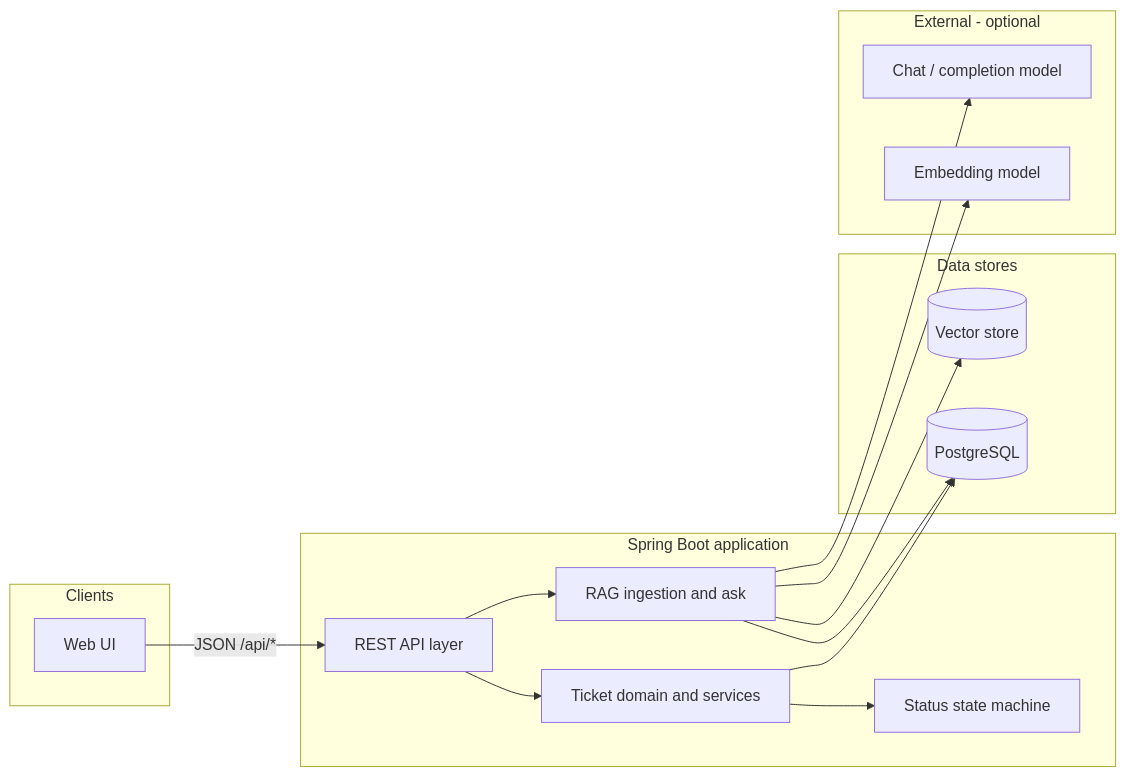
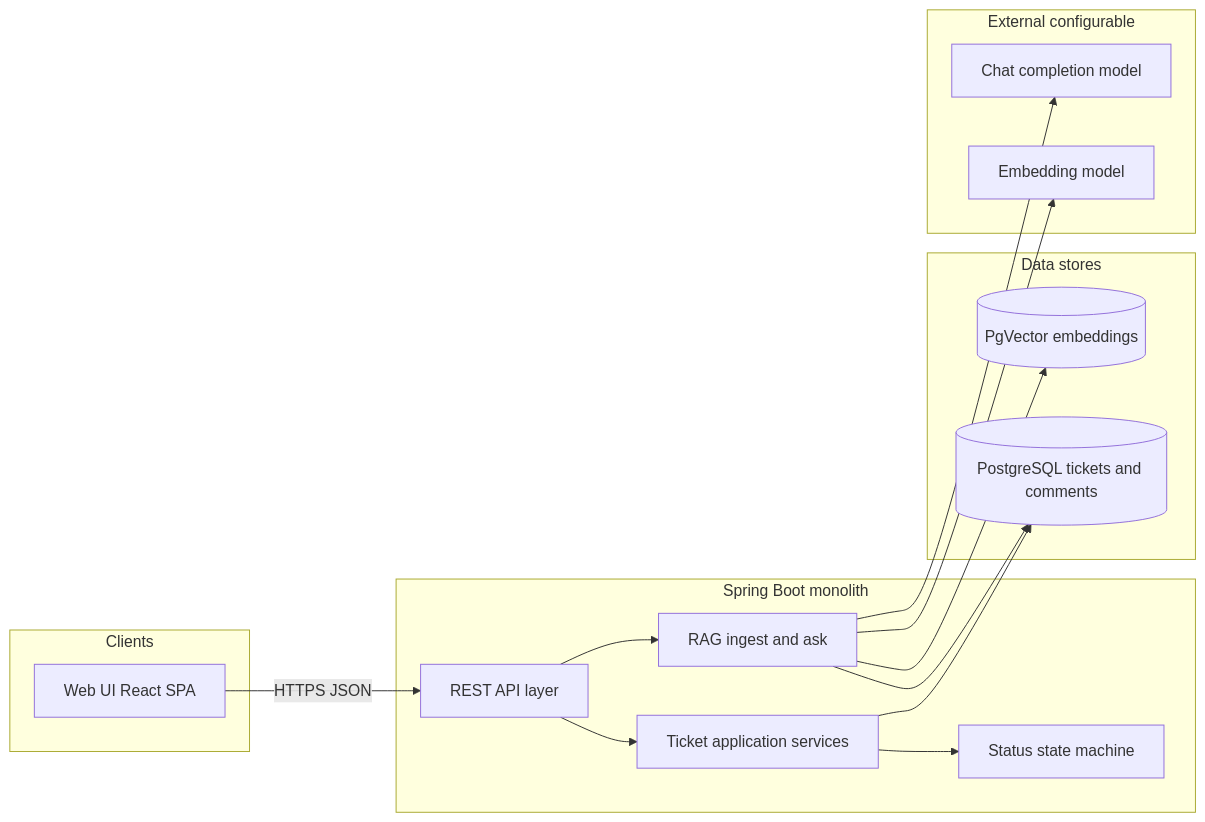
Before and after one commit to vishnuaggarwal23/ticket-management: the third of 5 diagrams in spec/architecture.md, drawn with Mermaid. The commit also changed other lines of this file and 19 other files, not shown here.

First line of the commit message:
Expand architecture spec and align rules, commands, and governance.

````diff
--- a/spec/architecture.md
+++ b/spec/architecture.md
@@ -51,33 +252,33 @@
 ```mermaid
 flowchart LR
   subgraph clients [Clients]
-    UI[Web UI]
+    UI[Web UI React SPA]
   end
 
-  subgraph backend [Spring Boot application]
+  subgraph backend [Spring Boot monolith]
     API[REST API layer]
-    TM[Ticket domain and services]
+    TM[Ticket application services]
     SM[Status state machine]
-    RAG[RAG ingestion and ask]
+    RAG[RAG ingest and ask]
   end
 
   subgraph data [Data stores]
-    PG[(PostgreSQL)]
-    VS[(Vector store)]
+    PG[(PostgreSQL tickets and comments)]
+    VS[(PgVector embeddings)]
   end
 
-  subgraph external [External - optional]
-    LLM[Chat / completion model]
+  subgraph external [External configurable]
+    LLM[Chat completion model]
     EMB[Embedding model]
   end
 
-  UI -->|JSON /api/*| API
+  UI -->|HTTPS JSON| API
   API --> TM
   API --> RAG
   TM --> SM
   TM --> PG
   RAG --> PG
   RAG --> VS
   RAG --> EMB
   RAG --> LLM
 ```
````
